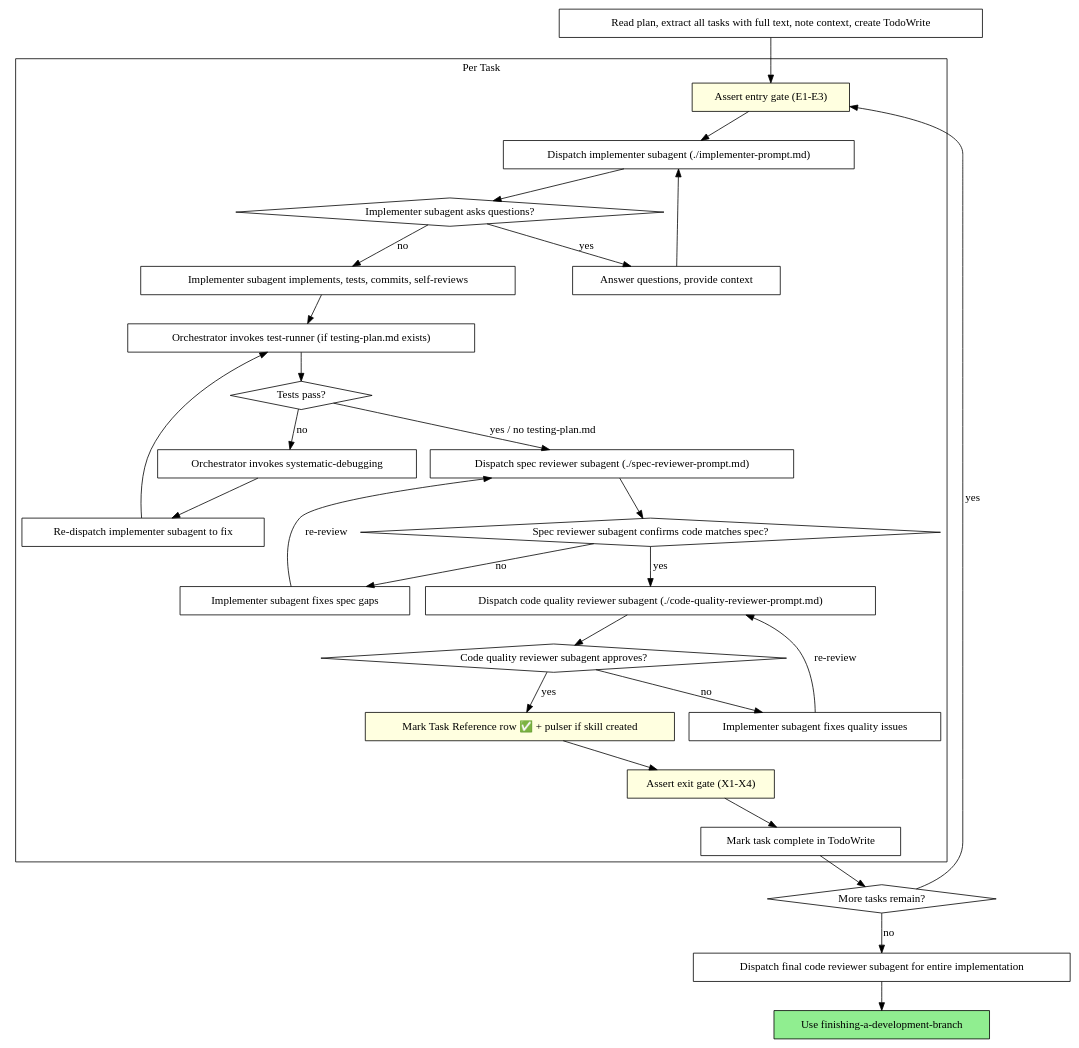
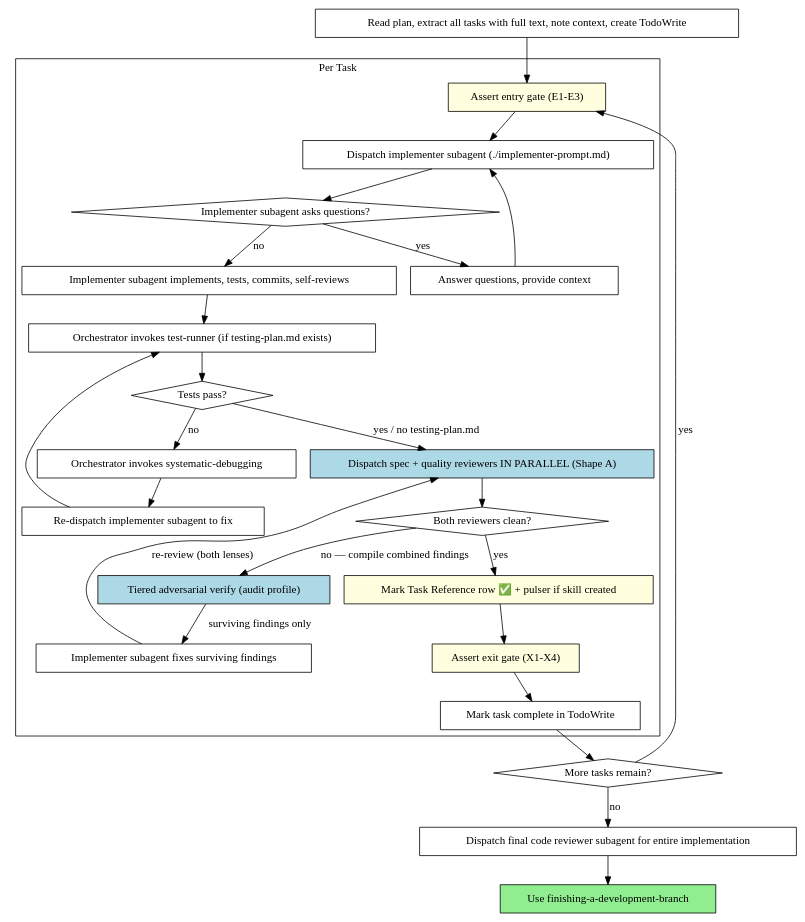
The second of 2 diagrams in skills/subagent-driven-development/SKILL.md (TeamClyde/clydes_claude), drawn with Graphviz before and after one commit. The commit also changed other lines of this file and 119 other files, not shown here.

````diff
--- a/skills/subagent-driven-development/SKILL.md
+++ b/skills/subagent-driven-development/SKILL.md
@@ -43,59 +43,54 @@
 ```dot
 digraph process {
     rankdir=TB;
 
     subgraph cluster_per_task {
         label="Per Task";
         "Assert entry gate (E1-E3)" [shape=box style=filled fillcolor=lightyellow];
         "Dispatch implementer subagent (./implementer-prompt.md)" [shape=box];
         "Implementer subagent asks questions?" [shape=diamond];
         "Answer questions, provide context" [shape=box];
         "Implementer subagent implements, tests, commits, self-reviews" [shape=box];
-        "Dispatch spec reviewer subagent (./spec-reviewer-prompt.md)" [shape=box];
-        "Spec reviewer subagent confirms code matches spec?" [shape=diamond];
-        "Implementer subagent fixes spec gaps" [shape=box];
-        "Dispatch code quality reviewer subagent (./code-quality-reviewer-prompt.md)" [shape=box];
-        "Code quality reviewer subagent approves?" [shape=diamond];
-        "Implementer subagent fixes quality issues" [shape=box];
+        "Dispatch spec + quality reviewers IN PARALLEL (Shape A)" [shape=box style=filled fillcolor=lightblue];
+        "Both reviewers clean?" [shape=diamond];
+        "Tiered adversarial verify (audit profile)" [shape=box style=filled fillcolor=lightblue];
+        "Implementer subagent fixes surviving findings" [shape=box];
         "Mark Task Reference row ✅ + pulser if skill created" [shape=box style=filled fillcolor=lightyellow];
         "Assert exit gate (X1-X4)" [shape=box style=filled fillcolor=lightyellow];
         "Mark task complete in TodoWrite" [shape=box];
         "Orchestrator invokes test-runner (if testing-plan.md exists)" [shape=box];
         "Tests pass?" [shape=diamond];
         "Orchestrator invokes systematic-debugging" [shape=box];
         "Re-dispatch implementer subagent to fix" [shape=box];
     }
 
     "Read plan, extract all tasks with full text, note context, create TodoWrite" [shape=box];
     "More tasks remain?" [shape=diamond];
     "Dispatch final code reviewer subagent for entire implementation" [shape=box];
     "Use finishing-a-development-branch" [shape=box style=filled fillcolor=lightgreen];
 
     "Read plan, extract all tasks with full text, note context, create TodoWrite" -> "Assert entry gate (E1-E3)";
     "Assert entry gate (E1-E3)" -> "Dispatch implementer subagent (./implementer-prompt.md)";
     "Dispatch implementer subagent (./implementer-prompt.md)" -> "Implementer subagent asks questions?";
     "Implementer subagent asks questions?" -> "Answer questions, provide context" [label="yes"];
     "Answer questions, provide context" -> "Dispatch implementer subagent (./implementer-prompt.md)";
     "Implementer subagent asks questions?" -> "Implementer subagent implements, tests, commits, self-reviews" [label="no"];
     "Implementer subagent implements, tests, commits, self-reviews" -> "Orchestrator invokes test-runner (if testing-plan.md exists)";
     "Orchestrator invokes test-runner (if testing-plan.md exists)" -> "Tests pass?";
-    "Tests pass?" -> "Dispatch spec reviewer subagent (./spec-reviewer-prompt.md)" [label="yes / no testing-plan.md"];
+    "Tests pass?" -> "Dispatch spec + quality reviewers IN PARALLEL (Shape A)" [label="yes / no testing-plan.md"];
     "Tests pass?" -> "Orchestrator invokes systematic-debugging" [label="no"];
     "Orchestrator invokes systematic-debugging" -> "Re-dispatch implementer subagent to fix";
     "Re-dispatch implementer subagent to fix" -> "Orchestrator invokes test-runner (if testing-plan.md exists)";
-    "Dispatch spec reviewer subagent (./spec-reviewer-prompt.md)" -> "Spec reviewer subagent confirms code matches spec?";
-    "Spec reviewer subagent confirms code matches spec?" -> "Implementer subagent fixes spec gaps" [label="no"];
-    "Implementer subagent fixes spec gaps" -> "Dispatch spec reviewer subagent (./spec-reviewer-prompt.md)" [label="re-review"];
-    "Spec reviewer subagent confirms code matches spec?" -> "Dispatch code quality reviewer subagent (./code-quality-reviewer-prompt.md)" [label="yes"];
-    "Dispatch code quality reviewer subagent (./code-quality-reviewer-prompt.md)" -> "Code quality reviewer subagent approves?";
-    "Code quality reviewer subagent approves?" -> "Implementer subagent fixes quality issues" [label="no"];
-    "Implementer subagent fixes quality issues" -> "Dispatch code quality reviewer subagent (./code-quality-reviewer-prompt.md)" [label="re-review"];
-    "Code quality reviewer subagent approves?" -> "Mark Task Reference row ✅ + pulser if skill created" [label="yes"];
+    "Dispatch spec + quality reviewers IN PARALLEL (Shape A)" -> "Both reviewers clean?";
+    "Both reviewers clean?" -> "Tiered adversarial verify (audit profile)" [label="no — compile combined findings"];
+    "Tiered adversarial verify (audit profile)" -> "Implementer subagent fixes surviving findings" [label="surviving findings only"];
+    "Implementer subagent fixes surviving findings" -> "Dispatch spec + quality reviewers IN PARALLEL (Shape A)" [label="re-review (both lenses)"];
+    "Both reviewers clean?" -> "Mark Task Reference row ✅ + pulser if skill created" [label="yes"];
     "Mark Task Reference row ✅ + pulser if skill created" -> "Assert exit gate (X1-X4)";
     "Assert exit gate (X1-X4)" -> "Mark task complete in TodoWrite";
     "Mark task complete in TodoWrite" -> "More tasks remain?";
     "More tasks remain?" -> "Assert entry gate (E1-E3)" [label="yes"];
     "More tasks remain?" -> "Dispatch final code reviewer subagent for entire implementation" [label="no"];
     "Dispatch final code reviewer subagent for entire implementation" -> "Use finishing-a-development-branch";
 }
 ```
````
